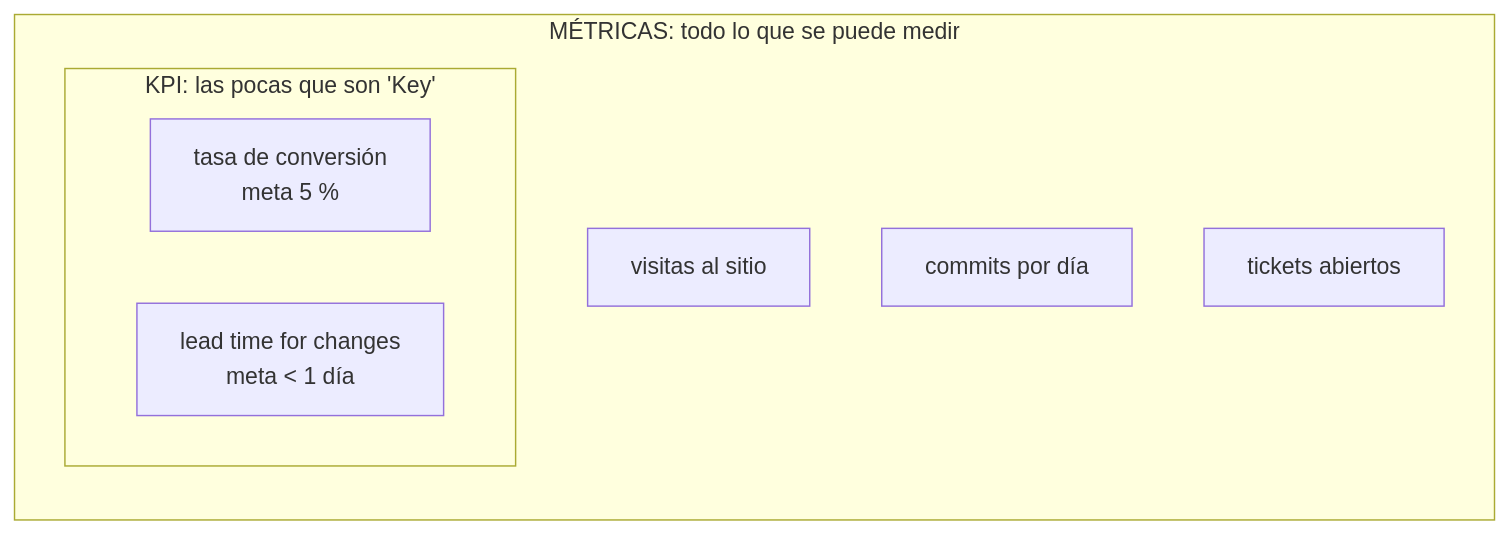
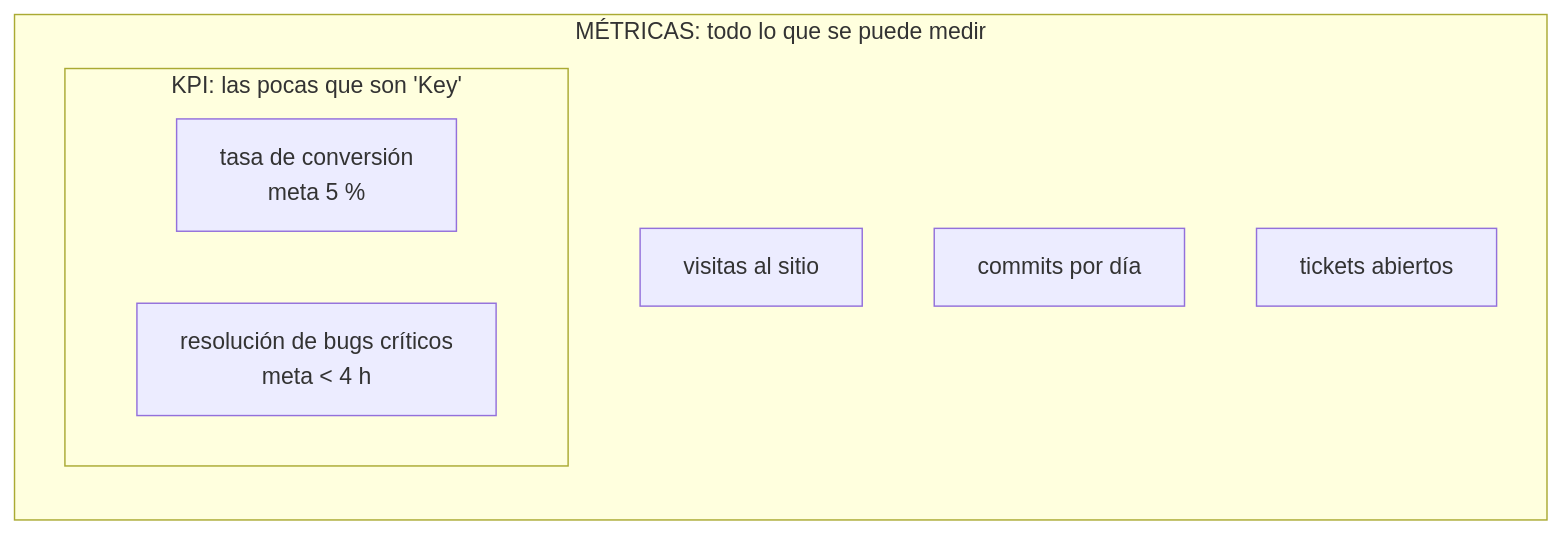
One commit to Valenpl/tecnologia-e-innovacion-uade changed the second of 6 diagrams in resto-de-la-materia/21-kpi.md. Above: the diagram before and after it, drawn with Mermaid. The commit also changed other lines of this file and 1 other file, not shown here.

````diff
--- a/resto-de-la-materia/21-kpi.md
+++ b/resto-de-la-materia/21-kpi.md
@@ -116,13 +116,13 @@
 ```mermaid
 flowchart LR
     subgraph MET["MÉTRICAS: todo lo que se puede medir"]
         direction TB
         m1["visitas al sitio"]
         m2["commits por día"]
         m3["tickets abiertos"]
         subgraph KPI["KPI: las pocas que son 'Key'"]
             k1["tasa de conversión<br/>meta 5 %"]
-            k2["lead time for changes<br/>meta < 1 día"]
+            k2["resolución de bugs críticos<br/>meta < 4 h"]
         end
     end
 ```
````
